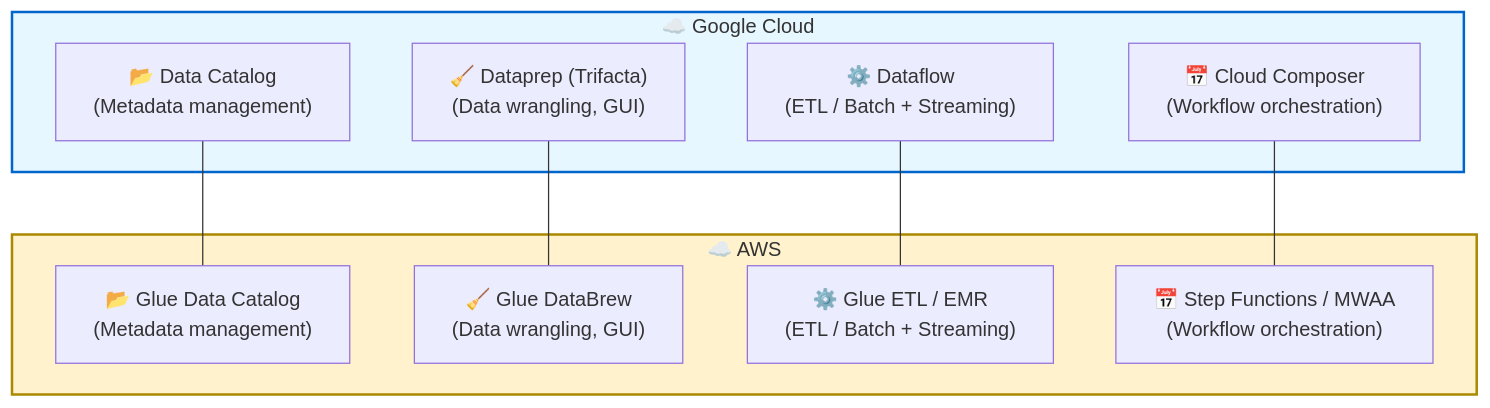
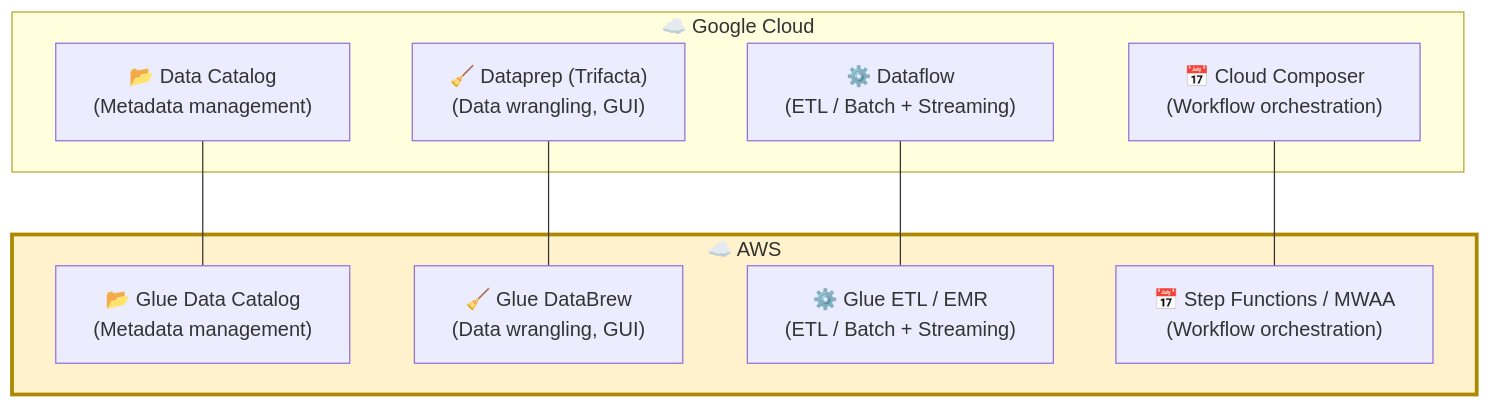
One commit to blaire101/DE2-AWS-Azure-GCP-2025 changed diagram 26 of 26 in GCP-P-DE-Exam.md. Above: the diagram before and after it, drawn with Mermaid.

Commit message:
add or modify article

````diff
--- a/GCP-P-DE-Exam.md
+++ b/GCP-P-DE-Exam.md
@@ -3726,25 +3726,23 @@
 ```mermaid
-
 flowchart TB
     subgraph GCP["☁️ Google Cloud"]
         DC["📂 Data Catalog<br>(Metadata management)"]
         DP["🧹 Dataprep (Trifacta)<br>(Data wrangling, GUI)"]
         DF["⚙️ Dataflow<br>(ETL / Batch + Streaming)"]
         CC["📅 Cloud Composer<br>(Workflow orchestration)"]
     end
 
     subgraph AWS["☁️ AWS"]
         GC["📂 Glue Data Catalog<br>(Metadata management)"]
         DB["🧹 Glue DataBrew<br>(Data wrangling, GUI)"]
         GE["⚙️ Glue ETL / EMR<br>(ETL / Batch + Streaming)"]
         SF["📅 Step Functions / MWAA<br>(Workflow orchestration)"]
     end
 
     DC --- GC
     DP --- DB
     DF --- GE
     CC --- SF
 
-    style GCP fill:#e6f7ff,stroke:#0066cc,stroke-width:2px
-    style AWS fill:#fff2cc,stroke:#aa8800,stroke-width:2px
+    style AWS fill:#fff2cc,stroke:#aa8800,stroke-width:3px
 ```
````
